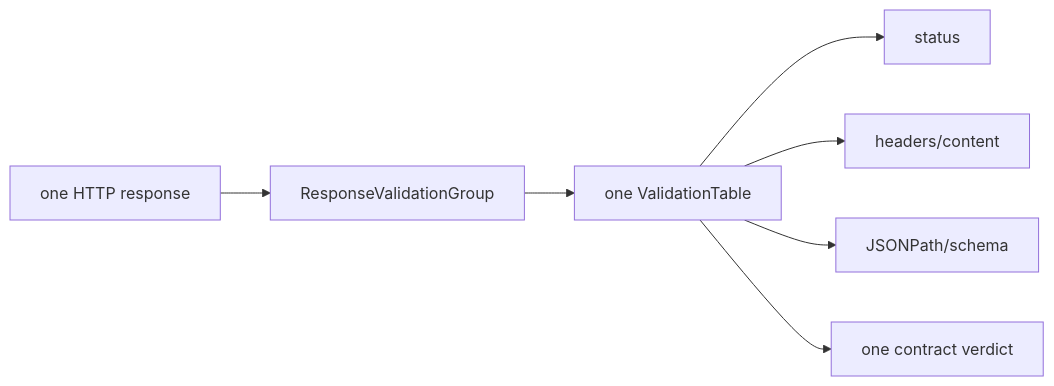
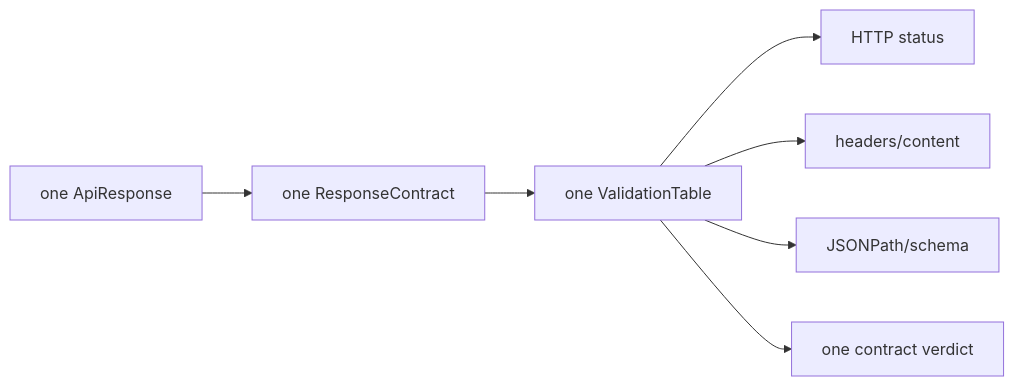
One commit to crististefanita/CS1 changed the fourth of 5 diagrams in README.md. Above: the diagram before and after it, drawn with Mermaid. The commit also changed other lines of this file and 210 other files, not shown here.

````diff
--- a/README.md
+++ b/README.md
@@ -378,9 +216,9 @@
 ```mermaid
 flowchart LR
-    R[one HTTP response] --> G[ResponseValidationGroup]
-    G --> T[one ValidationTable]
-    T --> S[status]
-    T --> H[headers/content]
-    T --> J[JSONPath/schema]
-    T --> V[one contract verdict]
+    Response["one ApiResponse"] --> Contract["one ResponseContract"]
+    Contract --> Table["one ValidationTable"]
+    Table --> Status["HTTP status"]
+    Table --> Headers["headers/content"]
+    Table --> Json["JSONPath/schema"]
+    Table --> Verdict["one contract verdict"]
 ```
````
